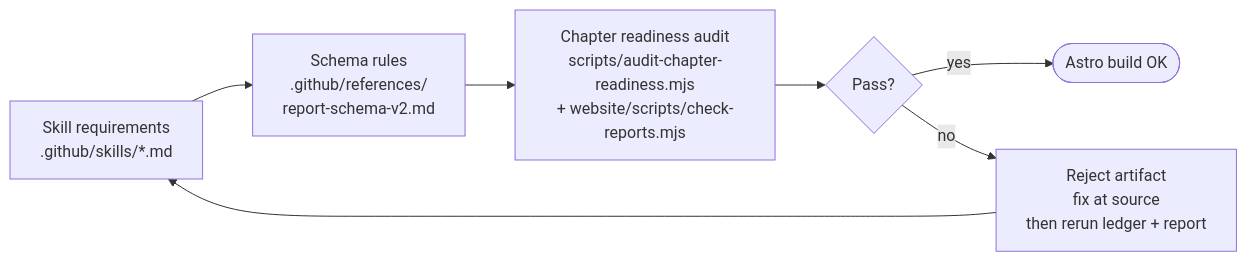
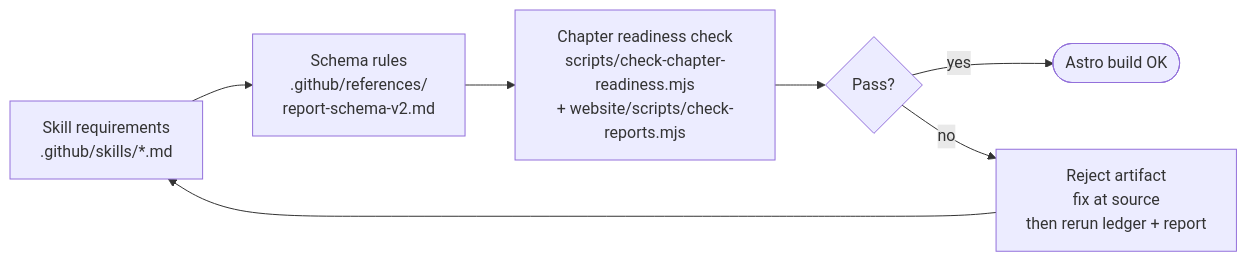
One commit to huangyingting/startup changed the third of 3 diagrams in README.md. Above: the diagram before and after it, drawn with Mermaid. The commit also changed other lines of this file and 14 other files, not shown here.

````diff
--- a/README.md
+++ b/README.md
@@ -87,9 +87,9 @@
 ```mermaid
 flowchart LR
   A[Skill requirements<br/>.github/skills/*.md] --> B[Schema rules<br/>.github/references/<br/>report-schema-v2.md]
-  B --> C[Chapter readiness audit<br/>scripts/audit-chapter-readiness.mjs<br/>+ website/scripts/check-reports.mjs]
+  B --> C[Chapter readiness check<br/>scripts/check-chapter-readiness.mjs<br/>+ website/scripts/check-reports.mjs]
   C --> D{Pass?}
   D -- yes --> Ship([Astro build OK])
   D -- no --> Fix[Reject artifact<br/>fix at source<br/>then rerun ledger + report]
   Fix --> A
 ```
````
